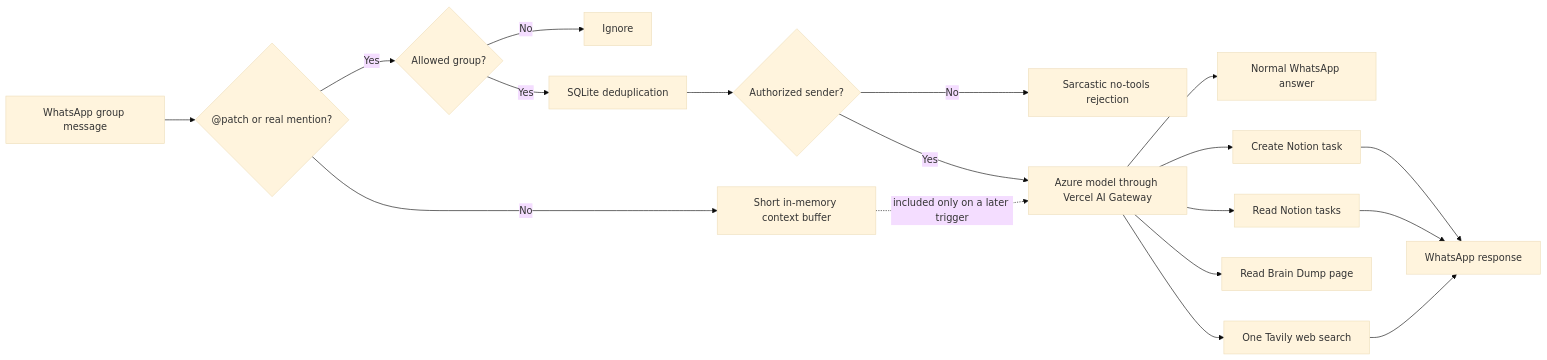
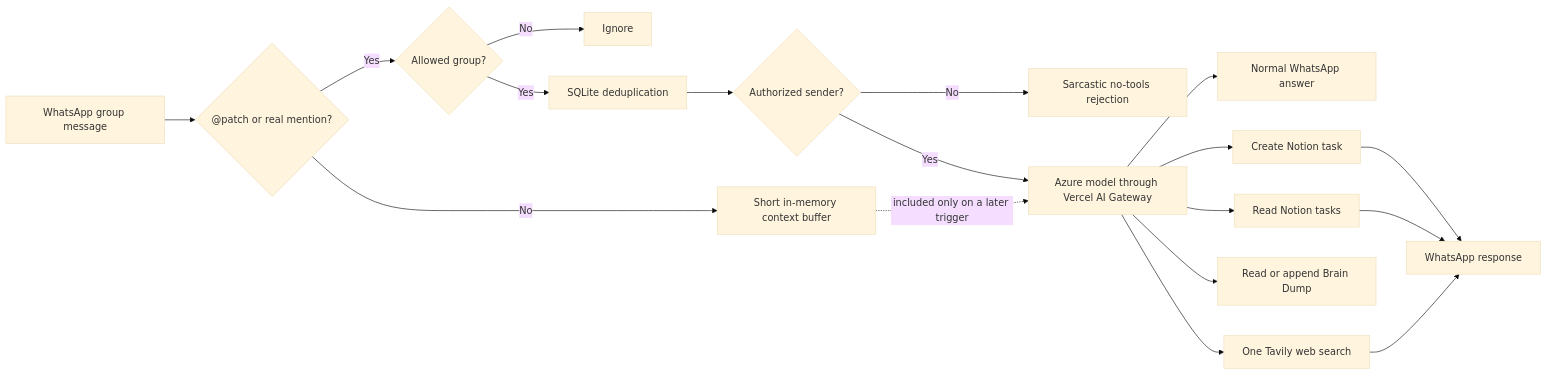
Before and after one commit to sagnik11/dia-whatsapp-bot: the diagram in README.md, drawn with Mermaid (base theme). The commit also changed other lines of this file and 7 other files, not shown here.

Commit message:
Add append-only Brain Dump notes

````diff
--- a/README.md
+++ b/README.md
@@ -64,20 +64,20 @@
 ```mermaid
 flowchart LR
     W["WhatsApp group message"] --> T{"@patch or real mention?"}
     T -- No --> C["Short in-memory context buffer"]
     T -- Yes --> G{"Allowed group?"}
     G -- No --> X["Ignore"]
     G -- Yes --> D["SQLite deduplication"]
     D --> U{"Authorized sender?"}
     U -- No --> R["Sarcastic no-tools rejection"]
     U -- Yes --> A["Azure model through Vercel AI Gateway"]
     C -.->|included only on a later trigger| A
     A --> Q["Normal WhatsApp answer"]
     A --> N1["Create Notion task"]
     A --> N2["Read Notion tasks"]
-    A --> N3["Read Brain Dump page"]
+    A --> N3["Read or append Brain Dump"]
     A --> S["One Tavily web search"]
     N1 --> O["WhatsApp response"]
     N2 --> O
     S --> O
 ```
````
